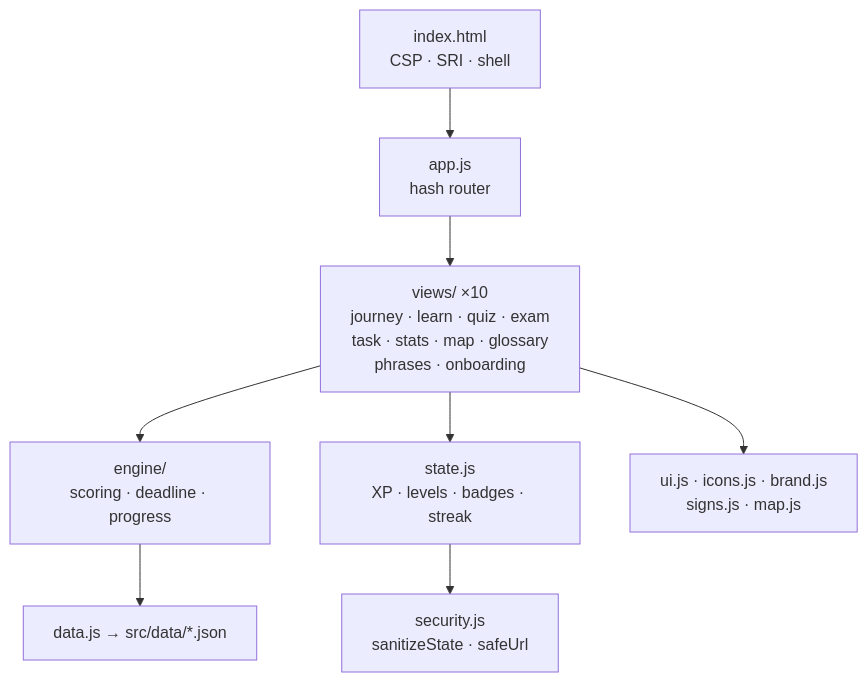
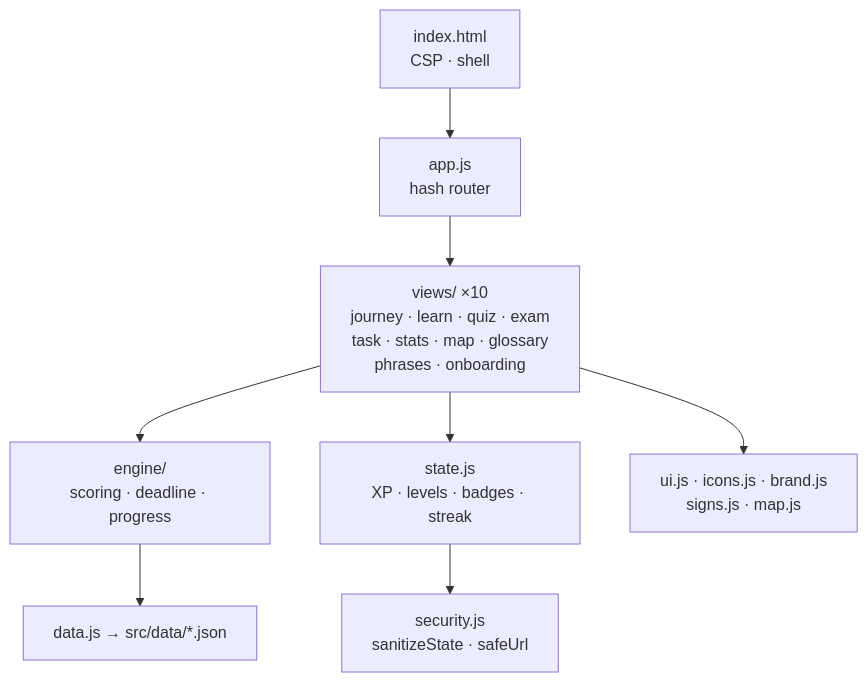
The fourth of 4 diagrams in README.md (agusgonzaleznic/drive-berlin), drawn with Mermaid before and after one commit. The commit also changed other lines of this file and 2 other files, not shown here.

````diff
--- a/README.md
+++ b/README.md
@@ -439,10 +450,10 @@
 ```mermaid
 flowchart TD
-  H["index.html<br/>CSP · SRI · shell"] --> APP["app.js<br/>hash router"]
+  H["index.html<br/>CSP · shell"] --> APP["app.js<br/>hash router"]
   APP --> V["views/ ×10<br/>journey · learn · quiz · exam<br/>task · stats · map · glossary<br/>phrases · onboarding"]
   V --> E["engine/<br/>scoring · deadline · progress"]
   V --> ST["state.js<br/>XP · levels · badges · streak"]
   ST --> SEC["security.js<br/>sanitizeState · safeUrl"]
   V --> UI["ui.js · icons.js · brand.js<br/>signs.js · map.js"]
   E --> D["data.js → src/data/*.json"]
 ```
````
